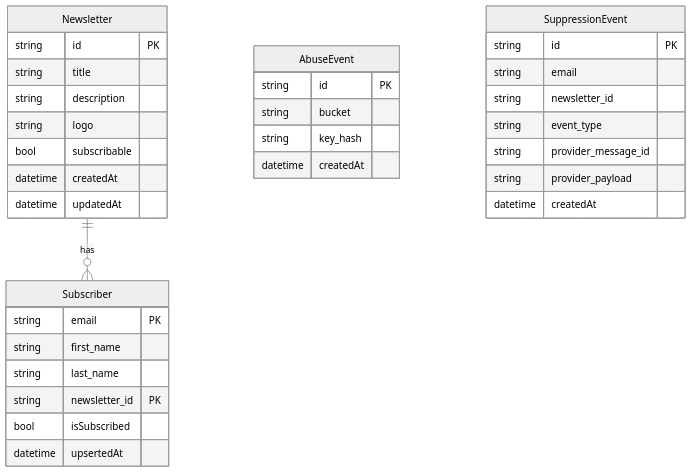
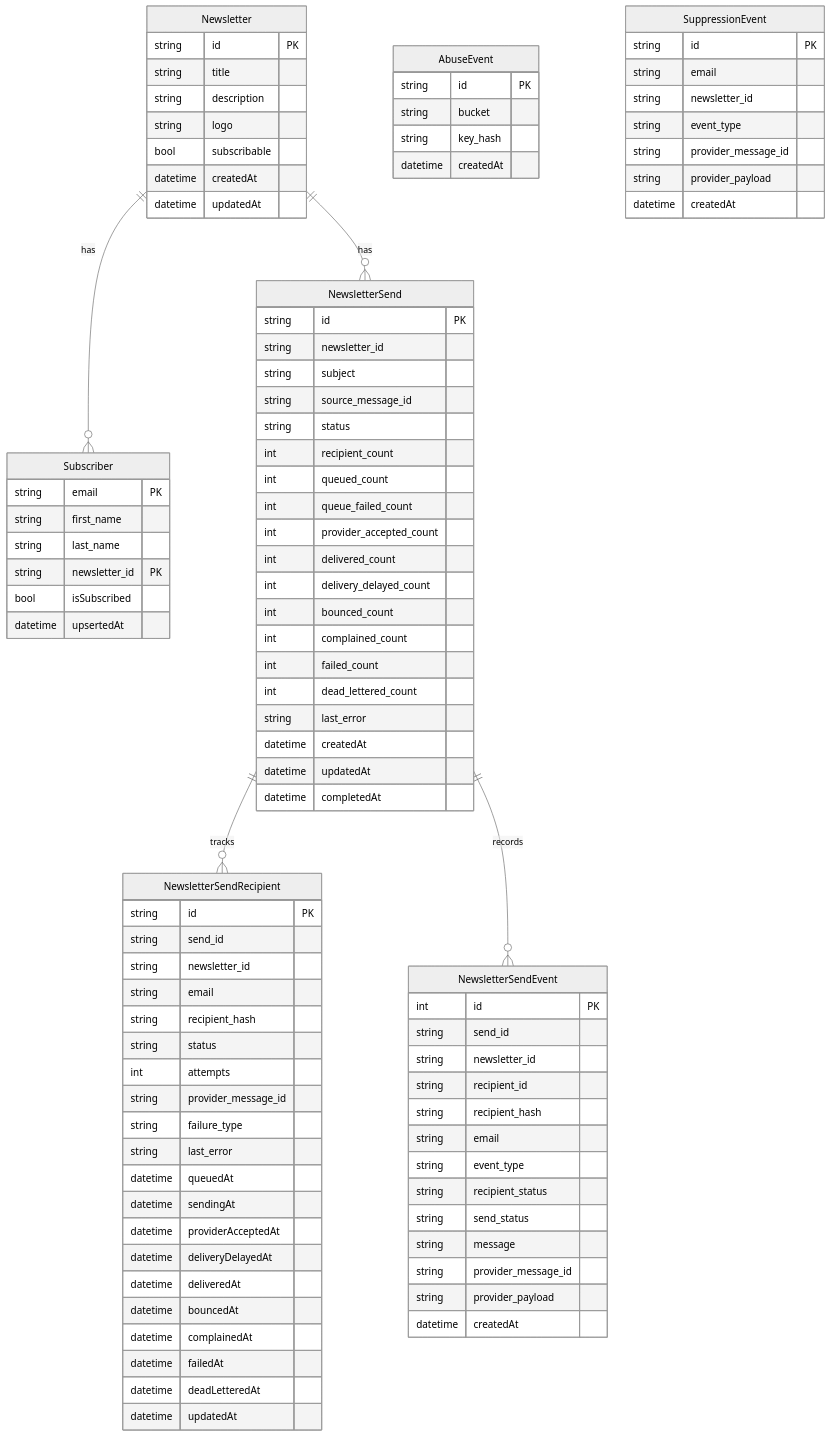
One commit to gordon8214/LetterDrop changed the diagram in app/README.md. Above: the diagram before and after it, drawn with Mermaid (neutral theme). The commit also changed other lines of this file and 7 other files, not shown here.

Commit message:
Add real-time newsletter send tracking

````diff
--- a/app/README.md
+++ b/app/README.md
@@ -48,6 +48,9 @@
 ```mermaid
 erDiagram
     Newsletter ||--o{ Subscriber : has
+    Newsletter ||--o{ NewsletterSend : has
+    NewsletterSend ||--o{ NewsletterSendRecipient : tracks
+    NewsletterSend ||--o{ NewsletterSendEvent : records
 
     Newsletter {
         string id PK
@@ -68,6 +71,67 @@
         datetime upsertedAt
     }
 
+    NewsletterSend {
+        string id PK
+        string newsletter_id
+        string subject
+        string source_message_id
+        string status
+        int recipient_count
+        int queued_count
+        int queue_failed_count
+        int provider_accepted_count
+        int delivered_count
+        int delivery_delayed_count
+        int bounced_count
+        int complained_count
+        int failed_count
+        int dead_lettered_count
+        string last_error
+        datetime createdAt
+        datetime updatedAt
+        datetime completedAt
+    }
+
+    NewsletterSendRecipient {
+        string id PK
+        string send_id
+        string newsletter_id
+        string email
+        string recipient_hash
+        string status
+        int attempts
+        string provider_message_id
+        string failure_type
+        string last_error
+        datetime queuedAt
+        datetime sendingAt
+        datetime providerAcceptedAt
+        datetime deliveryDelayedAt
+        datetime deliveredAt
+        datetime bouncedAt
+        datetime complainedAt
+        datetime failedAt
+        datetime deadLetteredAt
+        datetime updatedAt
+    }
+
+    NewsletterSendEvent {
+        int id PK
+        string send_id
+        string newsletter_id
+        string recipient_id
+        string recipient_hash
+        string email
+        string event_type
+        string recipient_status
+        string send_status
+        string message
+        string provider_message_id
+        string provider_payload
+        datetime createdAt
+    }
+
     AbuseEvent {
         string id PK
         string bucket
````
